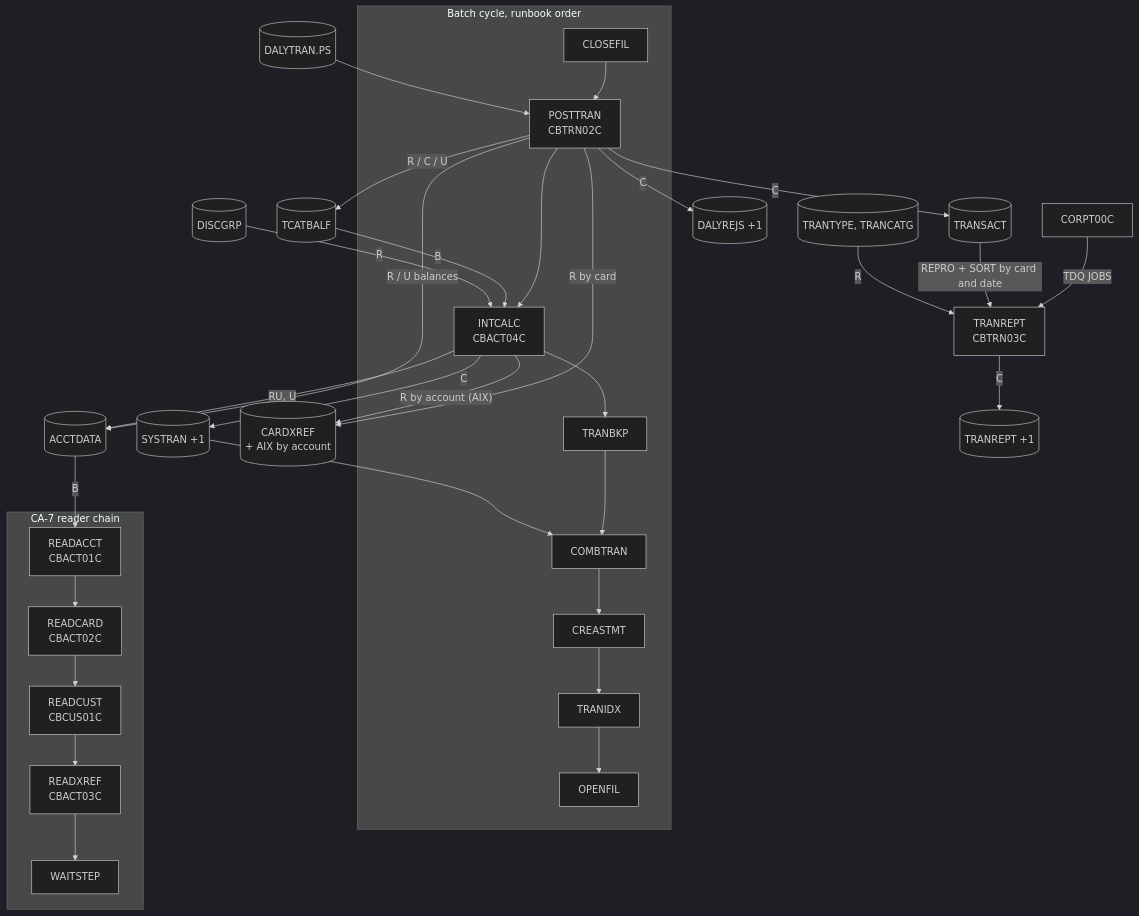
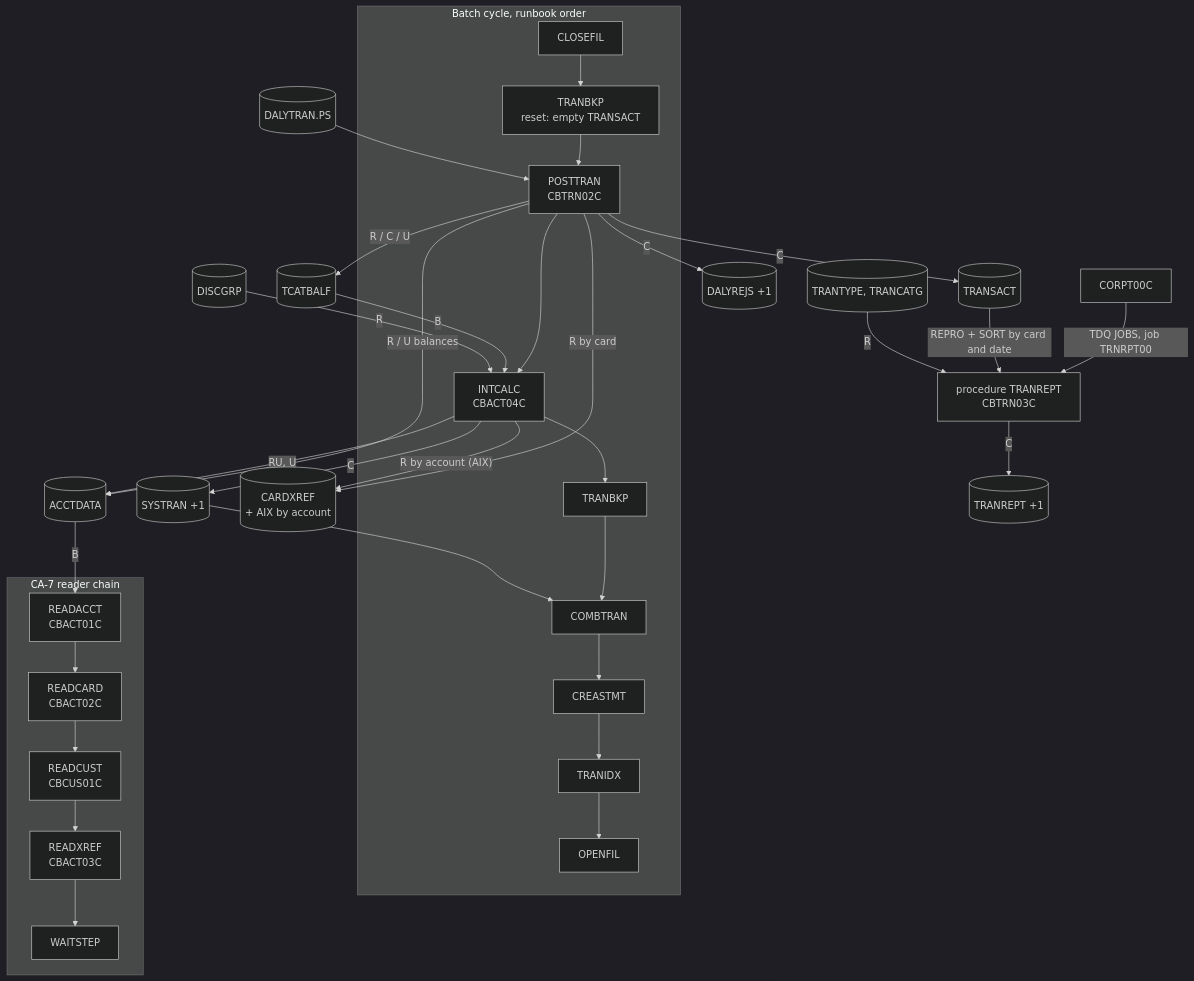
The third of 7 diagrams in docs/modernization/spec/interactions.md (factory-senura-jayatunge/carddemo), drawn with Mermaid (dark theme) before and after one commit. The commit also changed other lines of this file and 4 other files, not shown here.

````diff
--- a/docs/modernization/spec/interactions.md
+++ b/docs/modernization/spec/interactions.md
@@ -95,37 +95,37 @@
 ```mermaid
 flowchart TB
     subgraph Daily["Batch cycle, runbook order"]
-        CLO[CLOSEFIL] --> PST[POSTTRAN<br/>CBTRN02C]
+        CLO[CLOSEFIL] --> BK0[TRANBKP<br/>reset: empty TRANSACT] --> PST[POSTTRAN<br/>CBTRN02C]
         PST --> INT[INTCALC<br/>CBACT04C]
         INT --> BKP[TRANBKP] --> CMB[COMBTRAN] --> STM[CREASTMT] --> IDX[TRANIDX] --> OPN[OPENFIL]
     end
     subgraph Readers["CA-7 reader chain"]
         RA[READACCT<br/>CBACT01C] --> RC[READCARD<br/>CBACT02C] --> RU[READCUST<br/>CBCUS01C] --> RX[READXREF<br/>CBACT03C] --> WT[WAITSTEP]
     end
-    RPT[CORPT00C] -- "TDQ JOBS" --> TR[TRANREPT<br/>CBTRN03C]
+    RPT[CORPT00C] -- "TDQ JOBS, job TRNRPT00" --> TR[procedure TRANREPT<br/>CBTRN03C]
     ACCT[(ACCTDATA)]
     XREF[(CARDXREF<br/>+ AIX by account)]
     TRAN[(TRANSACT)]
     TCB[(TCATBALF)]
     DLY[(DALYTRAN.PS)]
     REJ[(DALYREJS +1)]
     DSG[(DISCGRP)]
     SYS[(SYSTRAN +1)]
     REP[(TRANREPT +1)]
     REF[(TRANTYPE, TRANCATG)]
     DLY --> PST
     PST -- "R by card" --> XREF
     PST -- "R / U balances" --> ACCT
     PST -- "R / C / U" --> TCB
     PST -- "C" --> TRAN
     PST -- "C" --> REJ
     TCB -- B --> INT
     DSG -- R --> INT
     INT -- "R by account (AIX)" --> XREF
     INT -- "RU, U" --> ACCT
     INT -- "C" --> SYS --> CMB
     TRAN -- "REPRO + SORT by card and date" --> TR
     REF -- R --> TR
     TR -- "C" --> REP
     ACCT -- B --> RA
 ```
````
